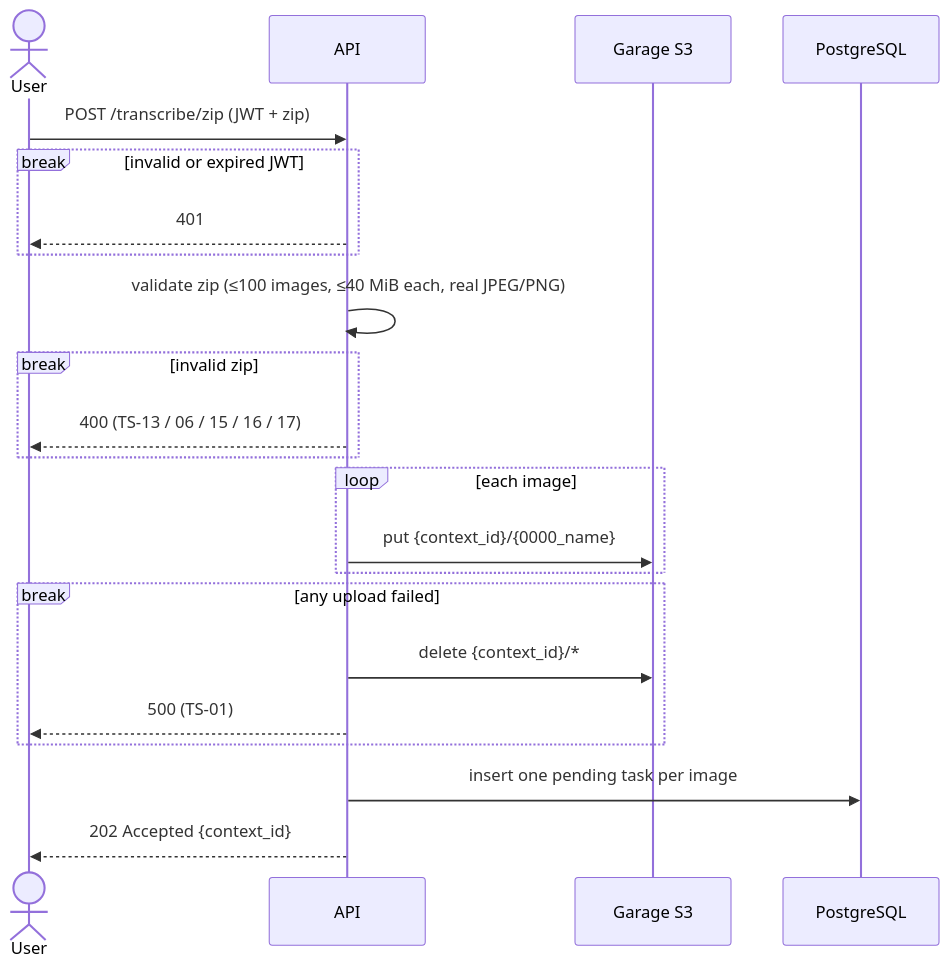
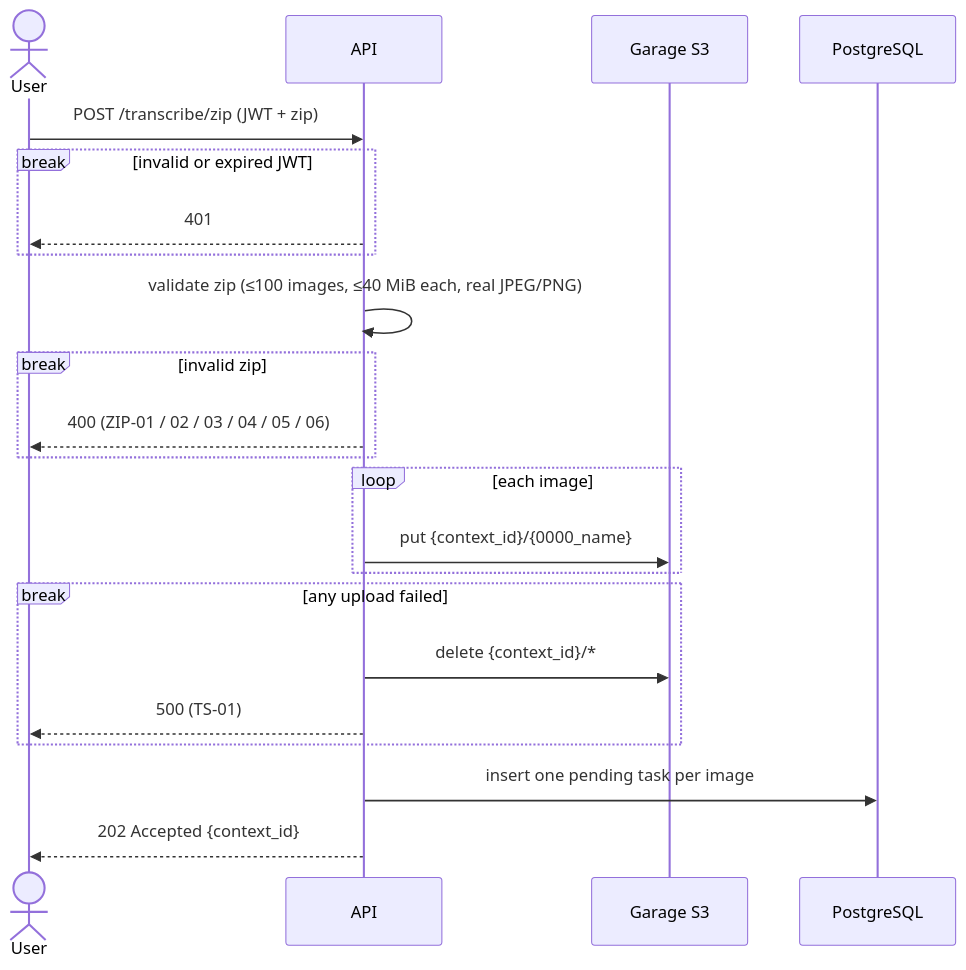
Before and after one commit to milanpanic2/llm-agents: the second of 4 diagrams in README.md, drawn with Mermaid. The commit also changed other lines of this file and 11 other files, not shown here.

````diff
--- a/README.md
+++ b/README.md
@@ -59,25 +59,25 @@
 ```mermaid
 sequenceDiagram
     actor User
     participant API
     participant Garage as Garage S3
     participant DB as PostgreSQL
 
     User->>API: POST /transcribe/zip (JWT + zip)
     break invalid or expired JWT
         API-->>User: 401
     end
     API->>API: validate zip (≤100 images, ≤40 MiB each, real JPEG/PNG)
     break invalid zip
-        API-->>User: 400 (TS-13 / 06 / 15 / 16 / 17)
+        API-->>User: 400 (ZIP-01 / 02 / 03 / 04 / 05 / 06)
     end
     loop each image
         API->>Garage: put {context_id}/{0000_name}
     end
     break any upload failed
         API->>Garage: delete {context_id}/*
         API-->>User: 500 (TS-01)
     end
     API->>DB: insert one pending task per image
     API-->>User: 202 Accepted {context_id}
 ```
````
